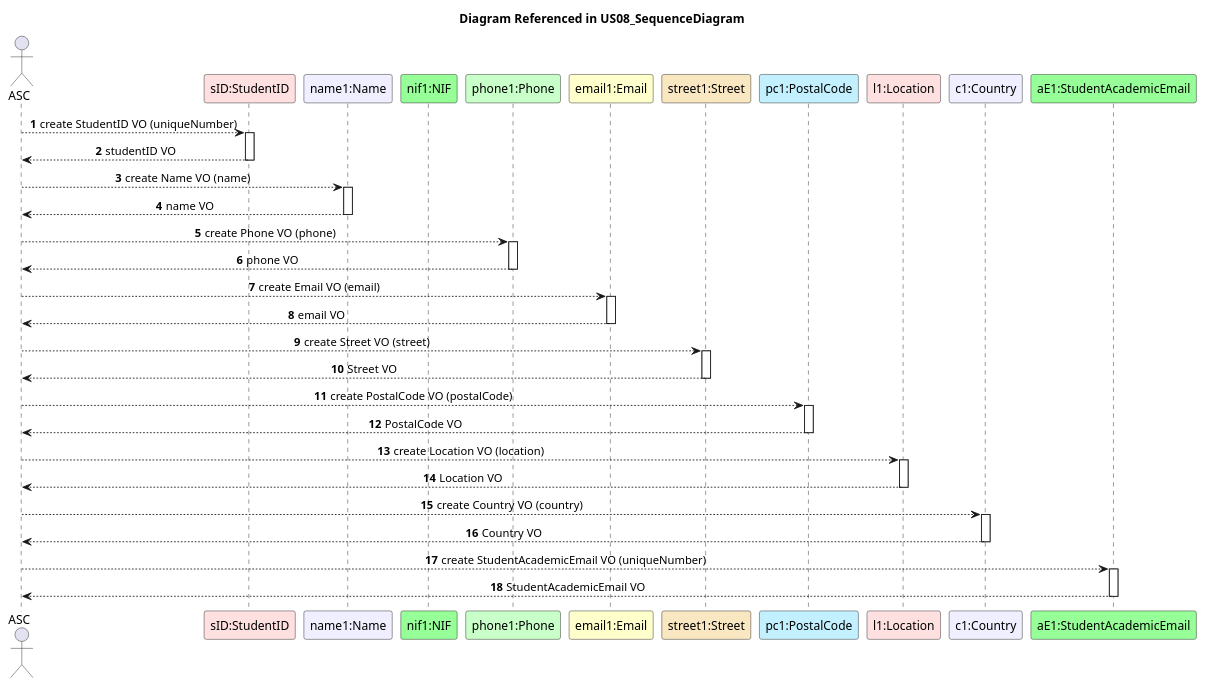
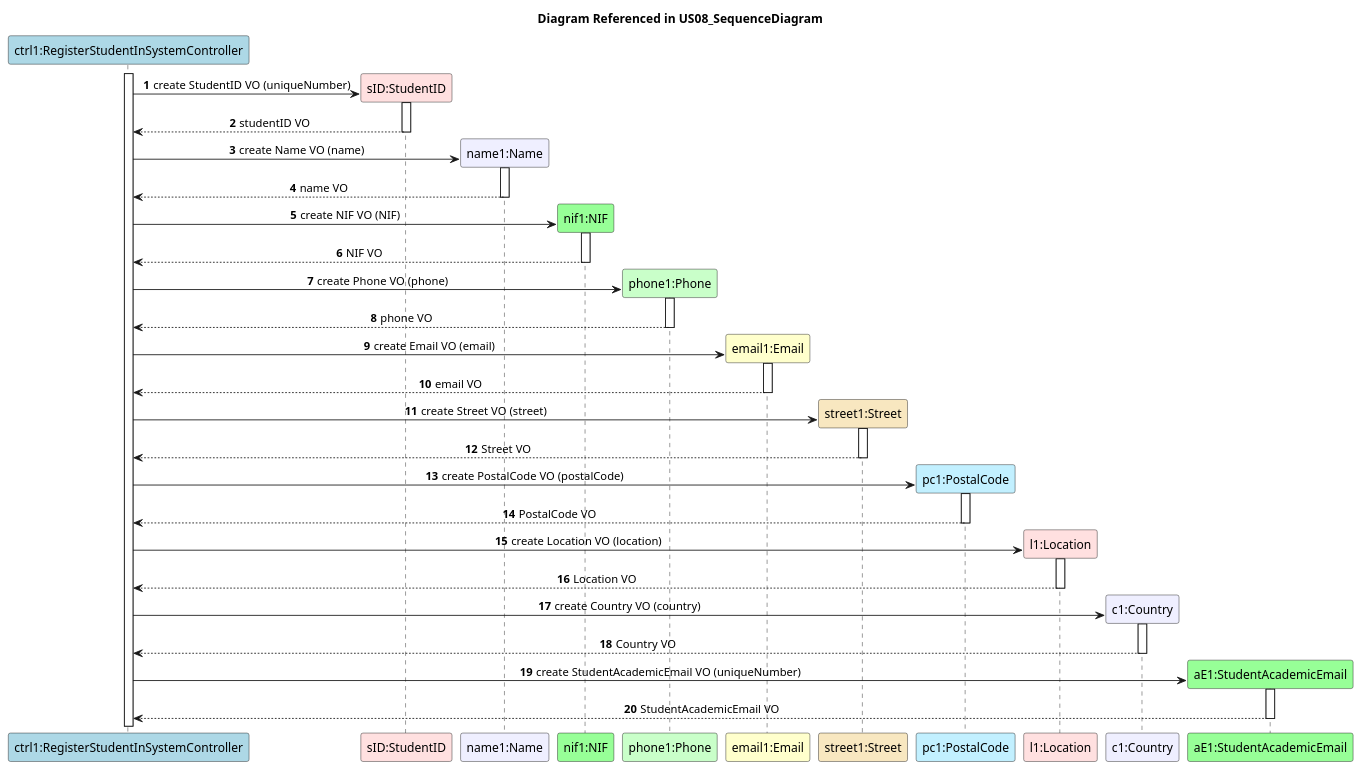
The diagram in docs/US08/US08_VOconversion.puml (GasparISEP/DevOps-PAI), drawn with PlantUML before and after one commit.

Commit message:
Ref #269: Fix VO conversion in referenced diagram of RegisterAStudentInTheSystem sequence diagram

```diff
--- a/docs/US08/US08_VOconversion.puml
+++ b/docs/US08/US08_VOconversion.puml
@@ -1,63 +1,69 @@
 @startuml
 autonumber
 skinparam sequenceMessageAlign center
 title Diagram Referenced in US08_SequenceDiagram
 
-actor ASC
+participant "ctrl1:RegisterStudentInSystemController" as Controller #lightblue
 participant "sID:StudentID" as studentID #implementation
 participant "name1:Name" as name #motivation
 participant "nif1:NIF" as NIF #physical
 participant "phone1:Phone" as phone #technology
 participant "email1:Email" as email #business
 participant "street1:Street" as street #strategy
 participant "pc1:PostalCode" as postalCode #application
 participant "l1:Location" as location #implementation
 participant "c1:Country" as country #motivation
 participant "aE1:StudentAcademicEmail" as academicEmail #physical
 
-ASC --> studentID : create StudentID VO (uniqueNumber)
+activate Controller
+Controller -> studentID** : create StudentID VO (uniqueNumber)
 activate studentID
-studentID --> ASC : studentID VO
+studentID --> Controller : studentID VO
 deactivate studentID
 
-ASC --> name : create Name VO (name)
+Controller -> name** : create Name VO (name)
 activate name
-name --> ASC : name VO
+name --> Controller : name VO
 deactivate name
 
-ASC --> phone : create Phone VO (phone)
+Controller -> NIF**: create NIF VO (NIF)
+activate NIF
+NIF --> Controller: NIF VO
+deactivate NIF
+
+Controller -> phone** : create Phone VO (phone)
 activate phone
-phone --> ASC : phone VO
+phone --> Controller : phone VO
 deactivate phone
 
-ASC --> email : create Email VO (email)
+Controller -> email** : create Email VO (email)
 activate email
-email --> ASC : email VO
+email --> Controller : email VO
 deactivate email
 
-ASC --> street : create Street VO (street)
+Controller -> street** : create Street VO (street)
 activate street
-street --> ASC : Street VO
+street --> Controller : Street VO
 deactivate street
 
-ASC --> postalCode : create PostalCode VO (postalCode)
+Controller -> postalCode** : create PostalCode VO (postalCode)
 activate postalCode
-postalCode --> ASC : PostalCode VO
+postalCode --> Controller : PostalCode VO
 deactivate postalCode
 
-ASC --> location : create Location VO (location)
+Controller -> location** : create Location VO (location)
 activate location
-location --> ASC : Location VO
+location --> Controller : Location VO
 deactivate location
 
-ASC --> country : create Country VO (country)
+Controller -> country** : create Country VO (country)
 activate country
-country --> ASC : Country VO
+country --> Controller : Country VO
 deactivate country
 
-ASC --> academicEmail : create StudentAcademicEmail VO (uniqueNumber)
+Controller -> academicEmail** : create StudentAcademicEmail VO (uniqueNumber)
 activate academicEmail
-academicEmail --> ASC : StudentAcademicEmail VO
+academicEmail --> Controller : StudentAcademicEmail VO
 deactivate academicEmail
 
 @enduml
```
